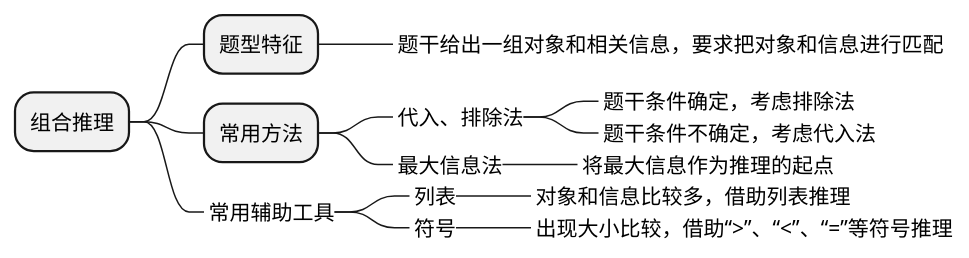
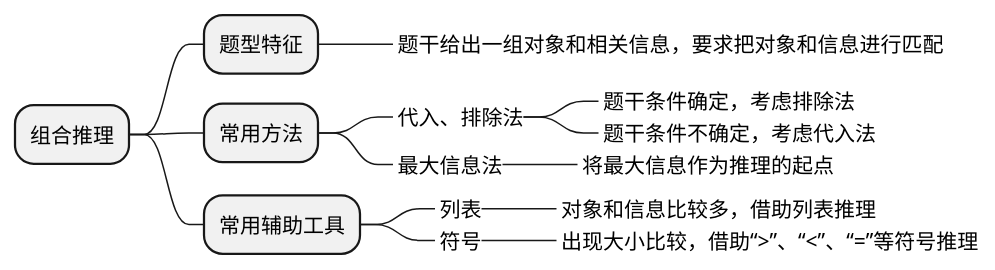
Before and after one commit to holmofy/blog.hufeifei.cn: the eighth of 8 diagrams in source/_posts/math/gongkao-tuili.md, drawn with PlantUML.

Commit message:
some config

````diff
--- a/source/_posts/math/gongkao-tuili.md
+++ b/source/_posts/math/gongkao-tuili.md
@@ -368,18 +368,18 @@
 ```puml
 @startmindmap
 * 组合推理
 ** 题型特征
 ***_ 题干给出一组对象和相关信息，要求把对象和信息进行匹配
 ** 常用方法
 ***_ 代入、排除法
 ****_ 题干条件确定，考虑排除法
 ****_ 题干条件不确定，考虑代入法
 ***_ 最大信息法
 ****_ 将最大信息作为推理的起点
-**_ 常用辅助工具
+** 常用辅助工具
 ***_ 列表
 ****_ 对象和信息比较多，借助列表推理
 ***_ 符号
 ****_ 出现大小比较，借助“>”、“<”、“=”等符号推理
 @endmindmap
 ```
````
